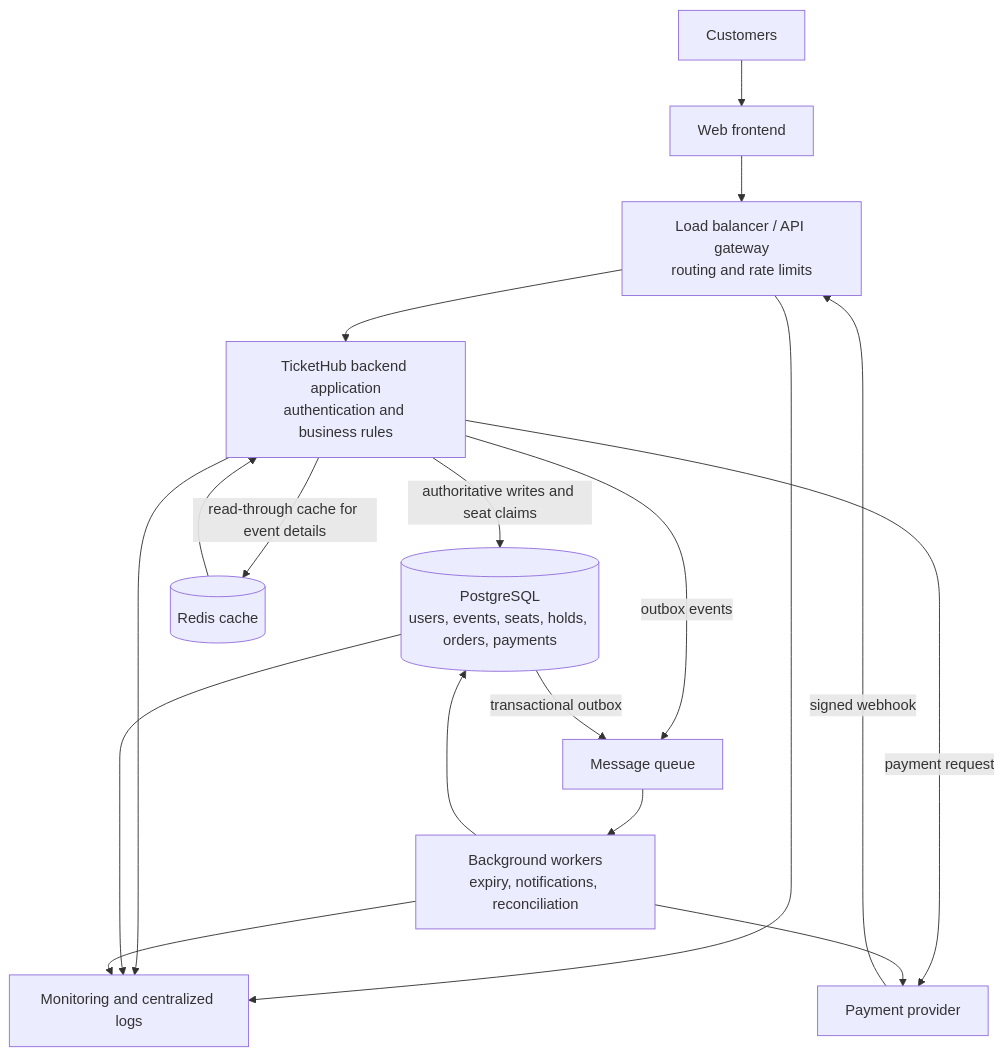
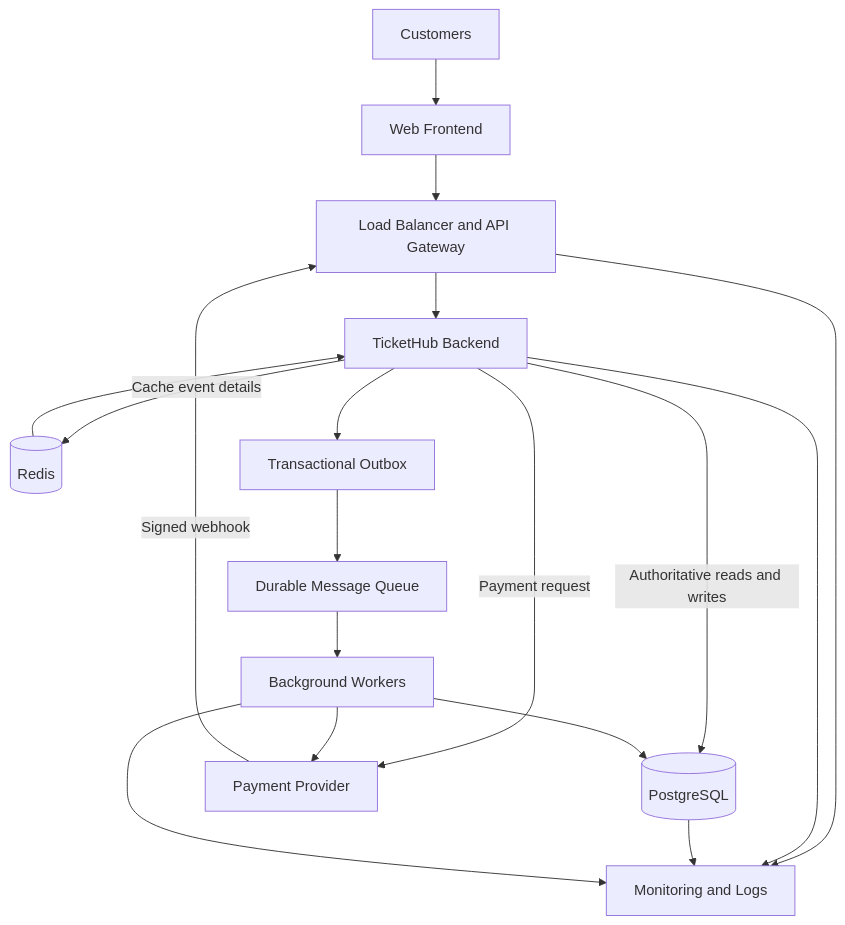
Before and after one commit to sawau-dev/web-foundations-days: the diagram in day8/ticketing-design.md, drawn with Mermaid. The commit also changed other lines of this file, not shown here.

Commit message:
Complete Day 8 TicketHub system design

````diff
--- a/day8/ticketing-design.md
+++ b/day8/ticketing-design.md
@@ -179,20 +412,25 @@
 ```mermaid
 flowchart TD
-    C[Customers] --> F[Web frontend]
-    F --> L[Load balancer / API gateway<br/>routing and rate limits]
-    L --> A[TicketHub backend application<br/>authentication and business rules]
-    A -->|authoritative writes and seat claims| P[(PostgreSQL<br/>users, events, seats, holds, orders, payments)]
-    A -->|read-through cache for event details| R[(Redis cache)]
+    C[Customers] --> F[Web Frontend]
+    F --> L[Load Balancer and API Gateway]
+    L --> A[TicketHub Backend]
+
+    A -->|Authoritative reads and writes| P[(PostgreSQL)]
+    A -->|Cache event details| R[(Redis)]
     R --> A
-    A -->|payment request| G[Payment provider]
-    G -->|signed webhook| L
-    A -->|outbox events| Q[Message queue]
-    P -->|transactional outbox| Q
-    Q --> W[Background workers<br/>expiry, notifications, reconciliation]
+
+    A -->|Payment request| G[Payment Provider]
+    G -->|Signed webhook| L
+
+    A --> O[Transactional Outbox]
+    O --> Q[Durable Message Queue]
+    Q --> W[Background Workers]
+
     W --> P
     W --> G
-    L --> M[Monitoring and centralized logs]
+
+    L --> M[Monitoring and Logs]
     A --> M
     P --> M
     W --> M
 ```
````
